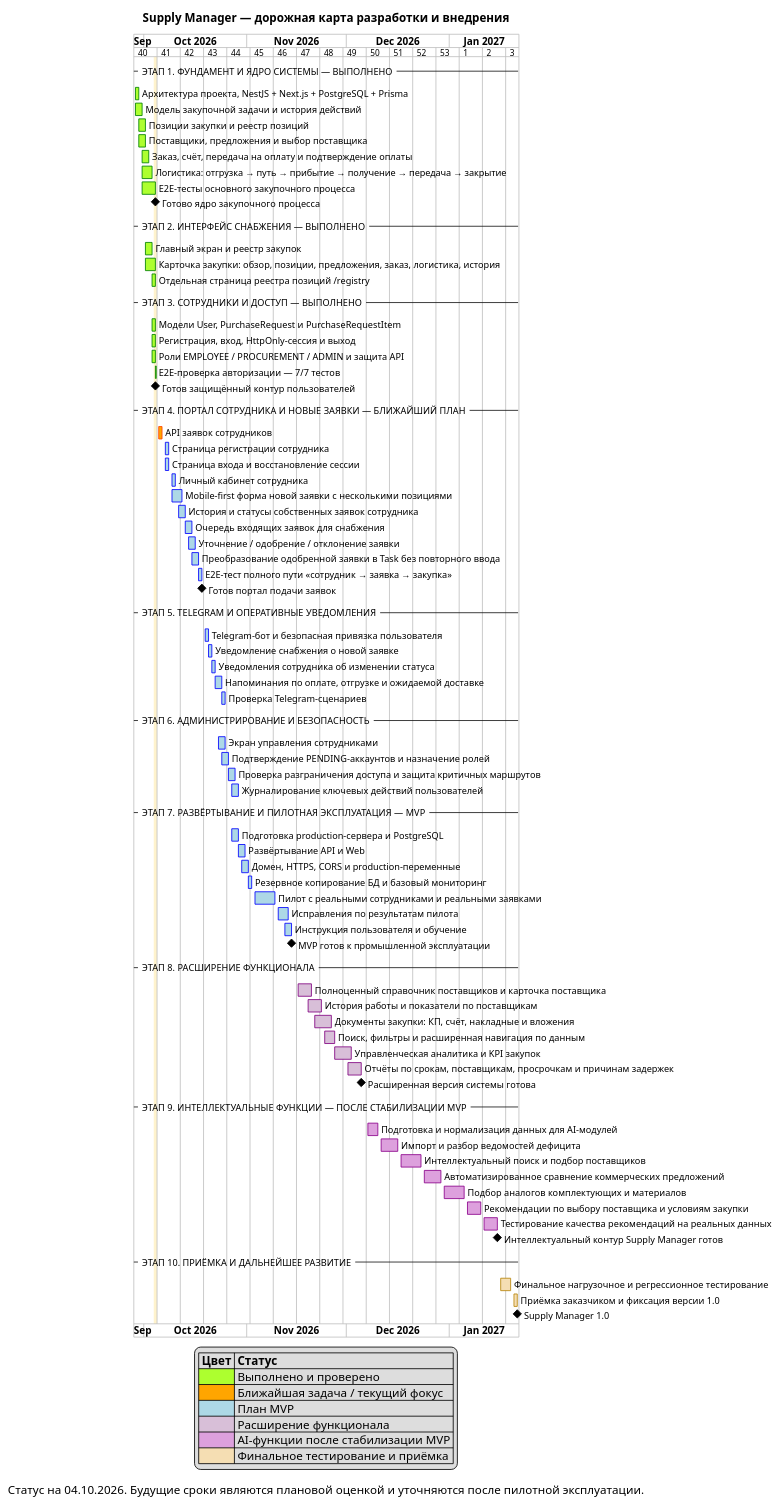
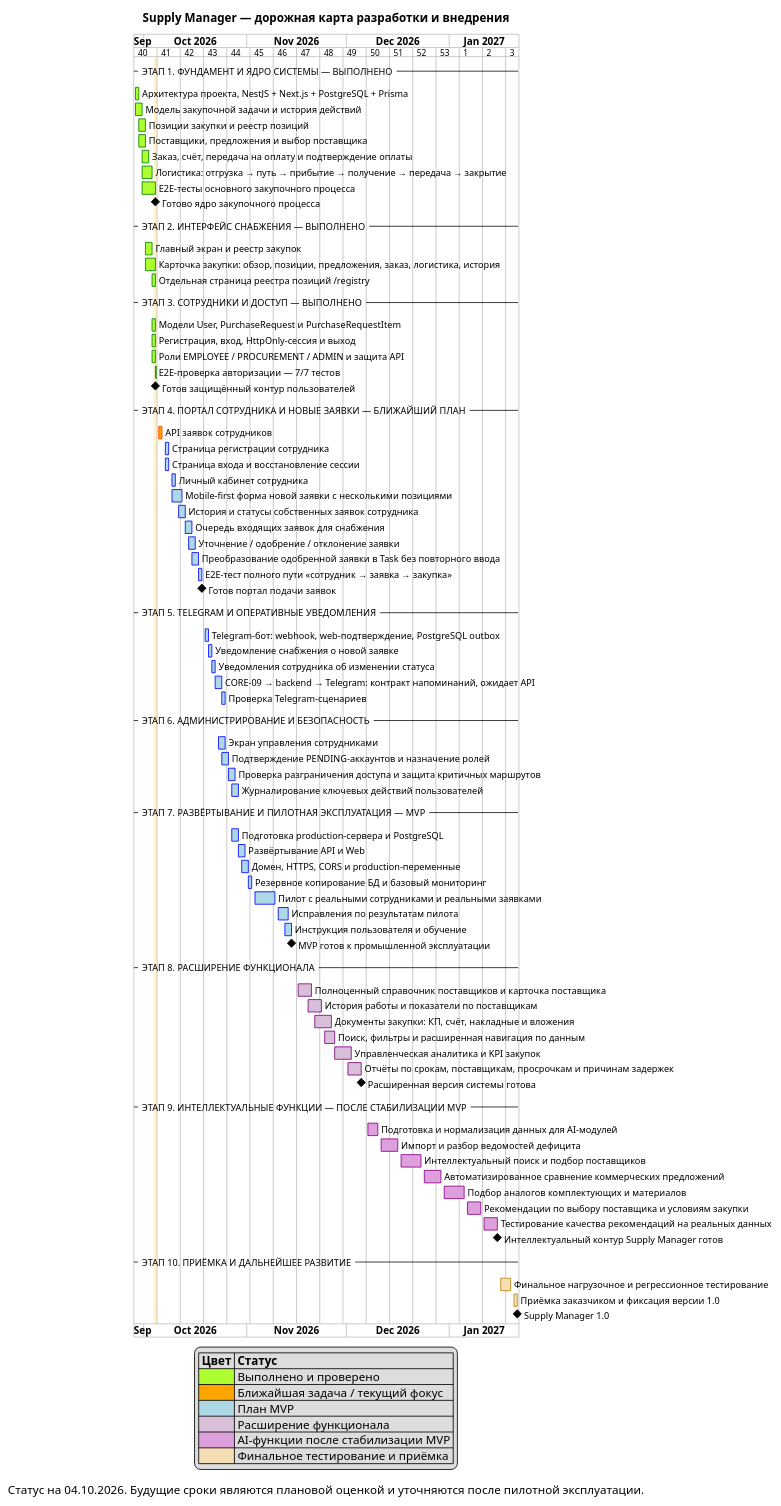
Before and after one commit to HeiterX/Supply_Manager: the diagram in supply-manager-roadmap.puml, drawn with PlantUML. The commit also changed 6 other files, not shown here.

Commit message:
feat(web): add Telegram settings and document CORE-09 integration contract

```diff
--- a/supply-manager-roadmap.puml
+++ b/supply-manager-roadmap.puml
@@ -110,7 +110,7 @@
 
 -- ЭТАП 5. TELEGRAM И ОПЕРАТИВНЫЕ УВЕДОМЛЕНИЯ --
 
-[Telegram-бот и безопасная привязка пользователя] as [TGBOT] starts 2026-10-19 and ends 2026-10-20
+[Telegram-бот: webhook, web-подтверждение, PostgreSQL outbox] as [TGBOT] starts 2026-10-19 and ends 2026-10-20
 [TGBOT] is colored in LightBlue/Blue
 
 [Уведомление снабжения о новой заявке] as [TGNEW] starts 2026-10-20 and ends 2026-10-21
@@ -119,7 +119,7 @@
 [Уведомления сотрудника об изменении статуса] as [TGSTATUS] starts 2026-10-21 and ends 2026-10-22
 [TGSTATUS] is colored in LightBlue/Blue
 
-[Напоминания по оплате, отгрузке и ожидаемой доставке] as [TGREMIND] starts 2026-10-22 and ends 2026-10-24
+[CORE-09 → backend → Telegram: контракт напоминаний, ожидает API] as [TGREMIND] starts 2026-10-22 and ends 2026-10-24
 [TGREMIND] is colored in LightBlue/Blue
 
 [Проверка Telegram-сценариев] as [TGTEST] starts 2026-10-24 and ends 2026-10-25
```
